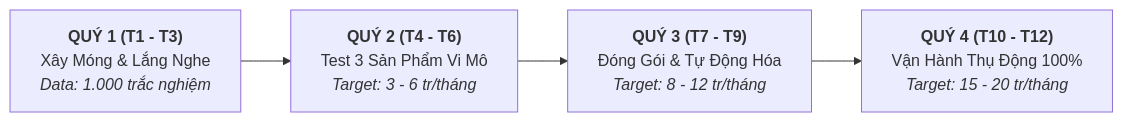
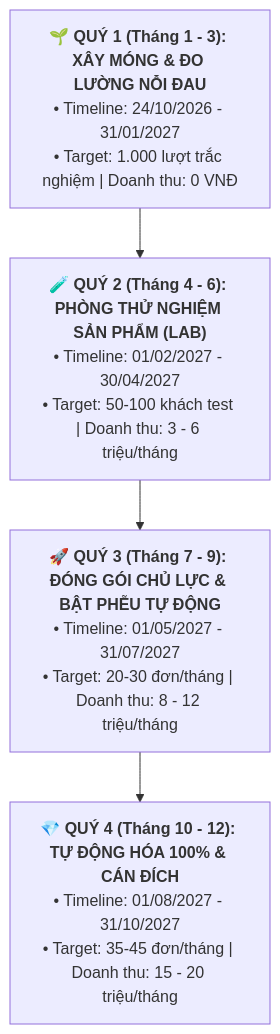
One commit to longphi11/traicainghien-1 changed the diagram in ROADMAP.md. Above: the diagram before and after it, drawn with Mermaid. The commit also changed other lines of this file and 2 other files, not shown here.

Commit message:
feat: detail 1-year roadmap with monthly timeline, targets, tasks and update brand product names

````diff
--- a/ROADMAP.md
+++ b/ROADMAP.md
@@ -25,7 +38,7 @@
 ```mermaid
-flowchart LR
-    Q1["<b>QUÝ 1 (T1 - T3)</b><br>Xây Móng & Lắng Nghe<br><i>Data: 1.000 trắc nghiệm</i>"] 
-    --> Q2["<b>QUÝ 2 (T4 - T6)</b><br>Test 3 Sản Phẩm Vi Mô<br><i>Target: 3 - 6 tr/tháng</i>"]
-    --> Q3["<b>QUÝ 3 (T7 - T9)</b><br>Đóng Gói & Tự Động Hóa<br><i>Target: 8 - 12 tr/tháng</i>"]
-    --> Q4["<b>QUÝ 4 (T10 - T12)</b><br>Vận Hành Thụ Động 100%<br><i>Target: 15 - 20 tr/tháng</i>"]
+flowchart TD
+    Q1["<b>🌱 QUÝ 1 (Tháng 1 - 3): XÂY MÓNG & ĐO LƯỜNG NỖI ĐAU</b><br>• Timeline: 24/10/2026 - 31/01/2027<br>• Target: 1.000 lượt trắc nghiệm | Doanh thu: 0 VNĐ"]
+    --> Q2["<b>🧪 QUÝ 2 (Tháng 4 - 6): PHÒNG THỬ NGHIỆM SẢN PHẨM (LAB)</b><br>• Timeline: 01/02/2027 - 30/04/2027<br>• Target: 50-100 khách test | Doanh thu: 3 - 6 triệu/tháng"]
+    --> Q3["<b>🚀 QUÝ 3 (Tháng 7 - 9): ĐÓNG GÓI CHỦ LỰC & BẬT PHỄU TỰ ĐỘNG</b><br>• Timeline: 01/05/2027 - 31/07/2027<br>• Target: 20-30 đơn/tháng | Doanh thu: 8 - 12 triệu/tháng"]
+    --> Q4["<b>💎 QUÝ 4 (Tháng 10 - 12): TỰ ĐỘNG HÓA 100% & CÁN ĐÍCH</b><br>• Timeline: 01/08/2027 - 31/10/2027<br>• Target: 35-45 đơn/tháng | Doanh thu: 15 - 20 triệu/tháng"]
 ```
````
